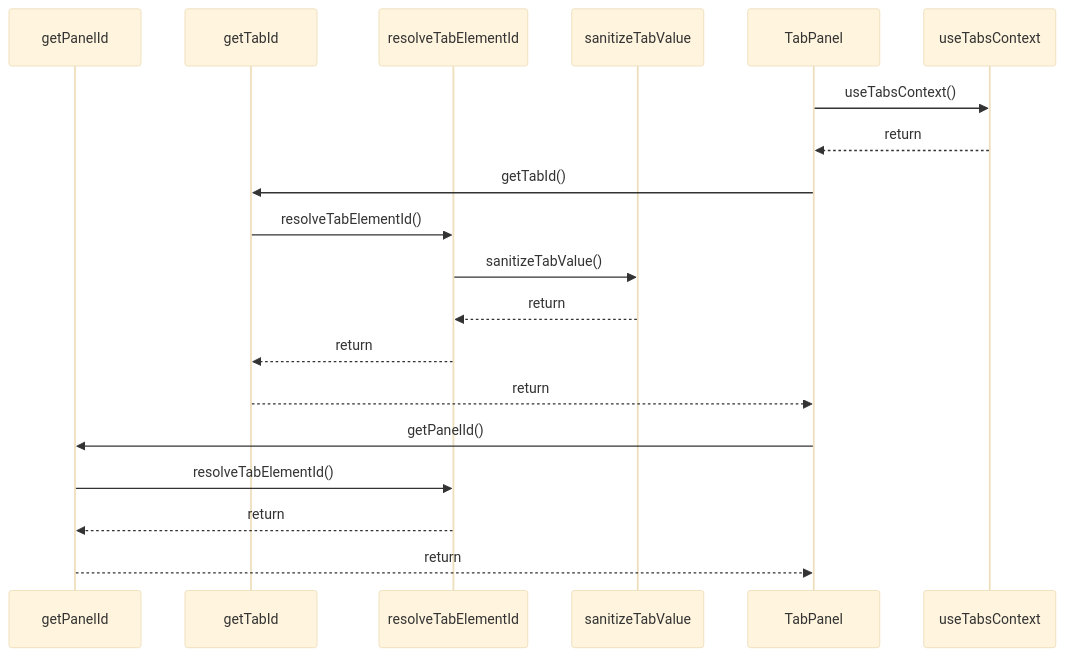
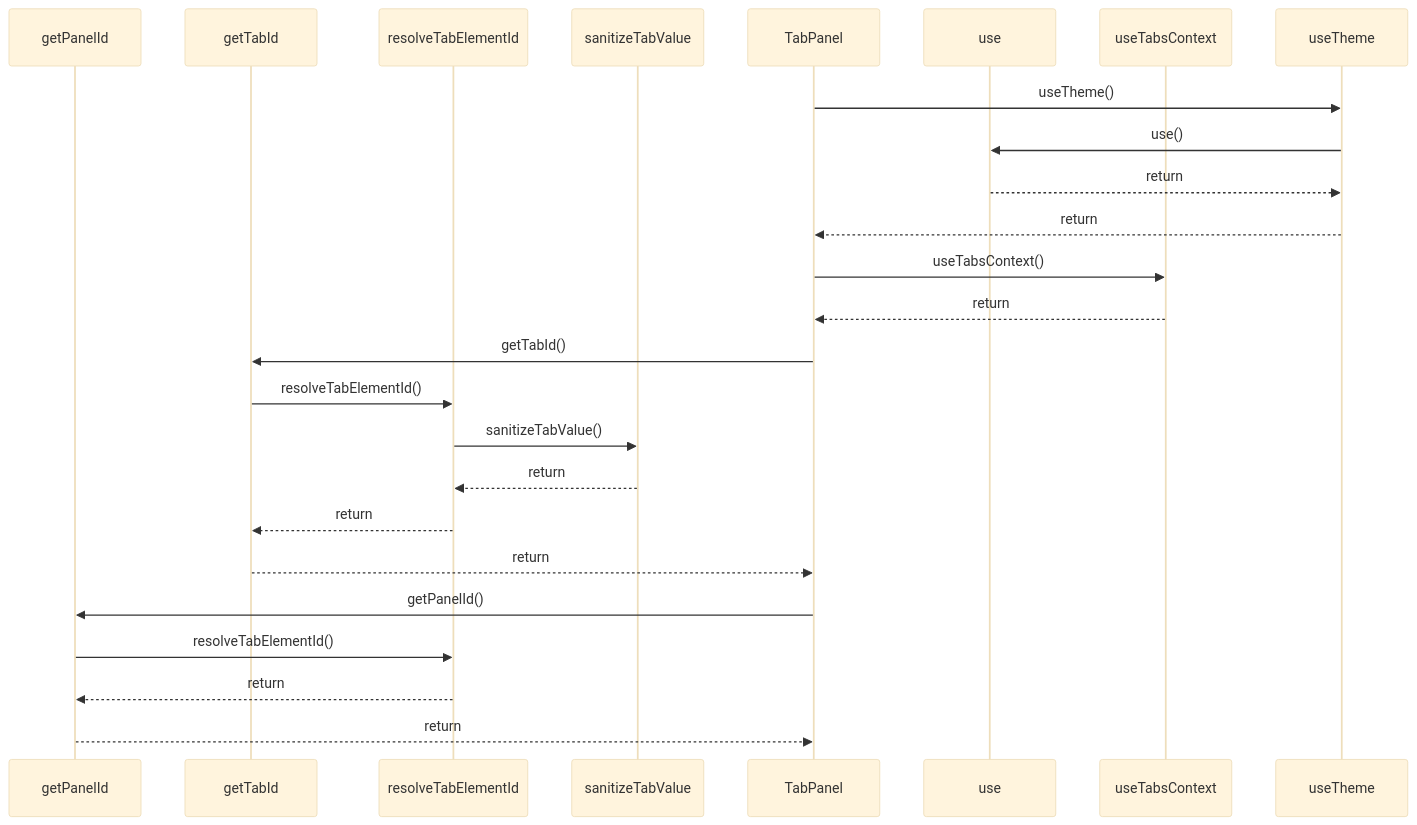
One commit to ankhorage/surface changed the diagram in paradox/diagrams/sequences/tab-panel.mmd. Above: the diagram before and after it, drawn with Mermaid (base theme). The commit also changed 13 other files, not shown here.

```diff
--- a/paradox/diagrams/sequences/tab-panel.mmd
+++ b/paradox/diagrams/sequences/tab-panel.mmd
@@ -1,19 +1,25 @@
 sequenceDiagram
   participant participant_getPanelId as getPanelId
   participant participant_getTabId as getTabId
   participant participant_resolveTabElementId as resolveTabElementId
   participant participant_sanitizeTabValue as sanitizeTabValue
   participant participant_TabPanel as TabPanel
+  participant participant_use as use
   participant participant_useTabsContext as useTabsContext
+  participant participant_useTheme as useTheme
+  participant_TabPanel->>participant_useTheme: useTheme()
+  participant_useTheme->>participant_use: use()
+  participant_use-->>participant_useTheme: return
+  participant_useTheme-->>participant_TabPanel: return
   participant_TabPanel->>participant_useTabsContext: useTabsContext()
   participant_useTabsContext-->>participant_TabPanel: return
   participant_TabPanel->>participant_getTabId: getTabId()
   participant_getTabId->>participant_resolveTabElementId: resolveTabElementId()
   participant_resolveTabElementId->>participant_sanitizeTabValue: sanitizeTabValue()
   participant_sanitizeTabValue-->>participant_resolveTabElementId: return
   participant_resolveTabElementId-->>participant_getTabId: return
   participant_getTabId-->>participant_TabPanel: return
   participant_TabPanel->>participant_getPanelId: getPanelId()
   participant_getPanelId->>participant_resolveTabElementId: resolveTabElementId()
   participant_resolveTabElementId-->>participant_getPanelId: return
   participant_getPanelId-->>participant_TabPanel: return
```
